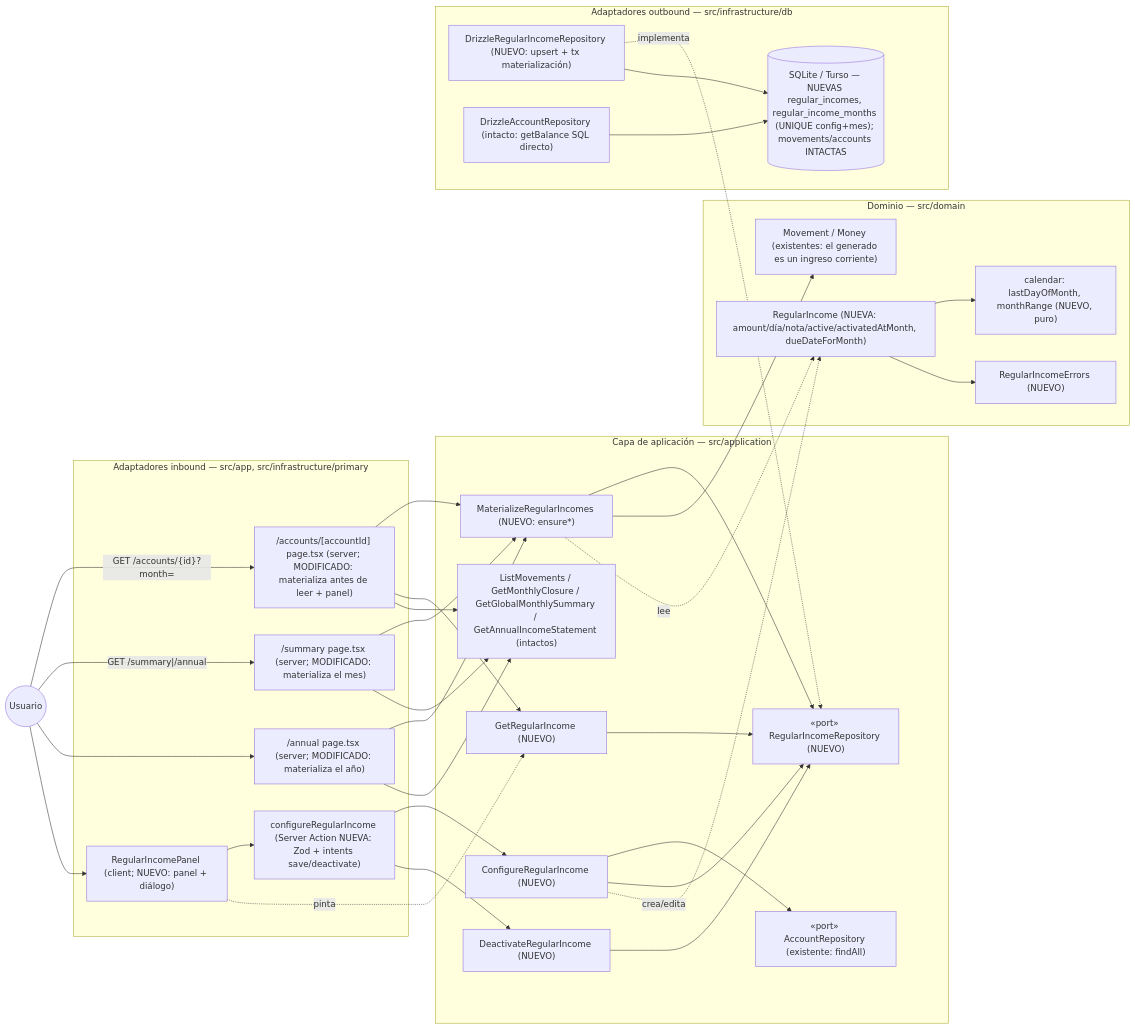
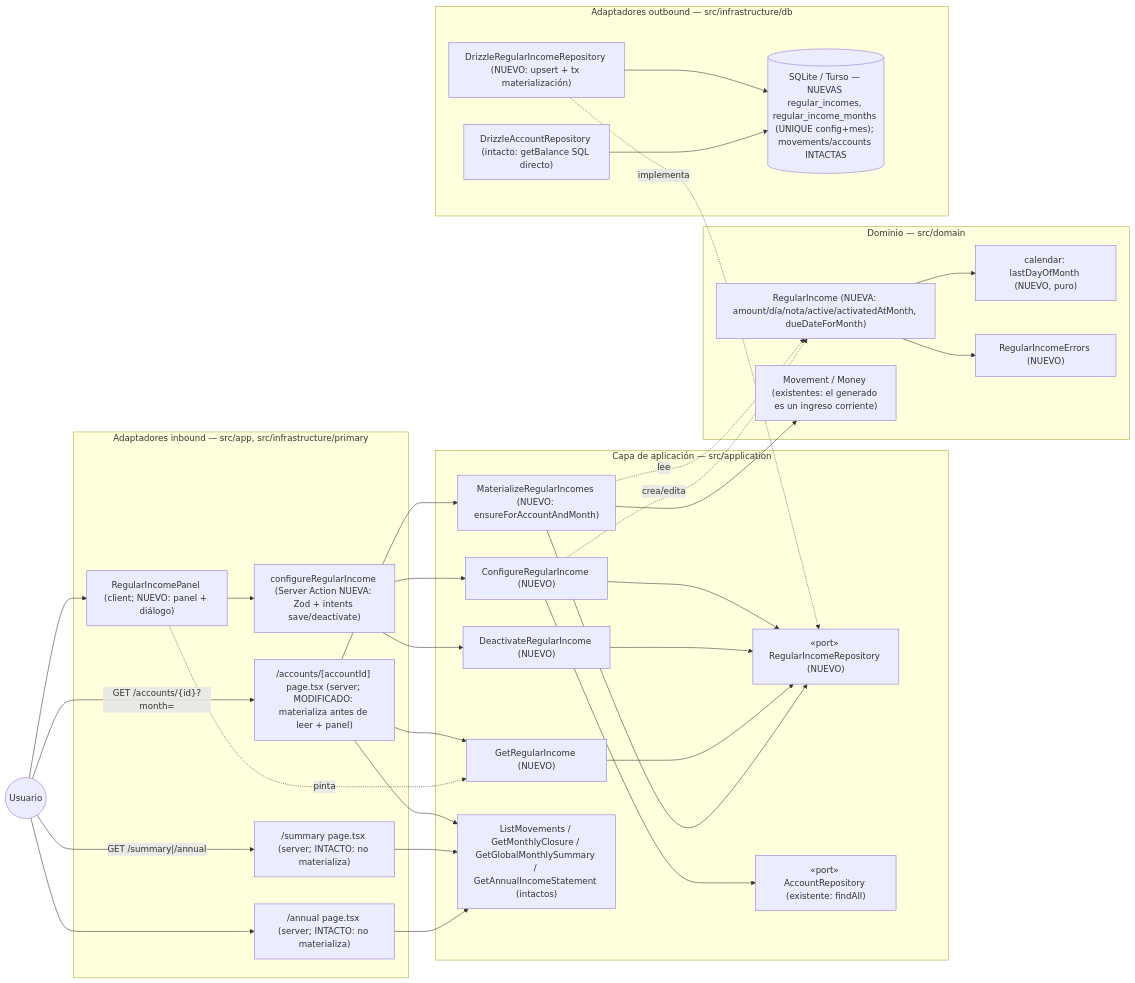
Before and after one commit to ismaelcabanas/family-wallet-sdd-app: the first of 2 diagrams in specs/018-ingresos-regulares/plan.md, drawn with Mermaid. The commit also changed other lines of this file and 5 other files, not shown here.

````diff
--- a/specs/018-ingresos-regulares/plan.md
+++ b/specs/018-ingresos-regulares/plan.md
@@ -131,64 +131,62 @@
 ```mermaid
 flowchart LR
     U((Usuario))
 
     subgraph Inbound["Adaptadores inbound — src/app, src/infrastructure/primary"]
         AccPage["/accounts/[accountId] page.tsx (server; MODIFICADO: materializa antes de leer + panel)"]
-        SumPage["/summary page.tsx (server; MODIFICADO: materializa el mes)"]
-        AnnPage["/annual page.tsx (server; MODIFICADO: materializa el año)"]
+        SumPage["/summary page.tsx (server; INTACTO: no materializa)"]
+        AnnPage["/annual page.tsx (server; INTACTO: no materializa)"]
         Panel["RegularIncomePanel (client; NUEVO: panel + diálogo)"]
         ConfAction["configureRegularIncome (Server Action NUEVA: Zod + intents save/deactivate)"]
     end
 
     subgraph Aplicacion["Capa de aplicación — src/application"]
         CRI["ConfigureRegularIncome (NUEVO)"]
         DRI["DeactivateRegularIncome (NUEVO)"]
         GRI["GetRegularIncome (NUEVO)"]
-        MRI["MaterializeRegularIncomes (NUEVO: ensure*)"]
+        MRI["MaterializeRegularIncomes (NUEVO: ensureForAccountAndMonth)"]
         PortRI["«port» RegularIncomeRepository (NUEVO)"]
         PortAcc["«port» AccountRepository (existente: findAll)"]
         LM["ListMovements / GetMonthlyClosure / GetGlobalMonthlySummary / GetAnnualIncomeStatement (intactos)"]
     end
 
     subgraph Domain["Dominio — src/domain"]
         RIE["RegularIncome (NUEVA: amount/día/nota/active/activatedAtMonth, dueDateForMonth)"]
-        Cal["calendar: lastDayOfMonth, monthRange (NUEVO, puro)"]
+        Cal["calendar: lastDayOfMonth (NUEVO, puro)"]
         MovEnt["Movement / Money (existentes: el generado es un ingreso corriente)"]
         RIErr["RegularIncomeErrors (NUEVO)"]
     end
 
     subgraph Outbound["Adaptadores outbound — src/infrastructure/db"]
         DrizzleRI["DrizzleRegularIncomeRepository (NUEVO: upsert + tx materialización)"]
         DrizzleAcc["DrizzleAccountRepository (intacto: getBalance SQL directo)"]
         SQL[("SQLite / Turso — NUEVAS regular_incomes, regular_income_months (UNIQUE config+mes); movements/accounts INTACTAS")]
     end
 
     U -->|"GET /accounts/{id}?month="| AccPage
     U -->|"GET /summary|/annual"| SumPage
     U --> AnnPage
     U --> Panel
     Panel --> ConfAction
     ConfAction --> CRI
     ConfAction --> DRI
     AccPage --> MRI
-    SumPage --> MRI
-    AnnPage --> MRI
     AccPage --> GRI
     AccPage --> LM
     SumPage --> LM
     AnnPage --> LM
     CRI --> PortAcc
     CRI --> PortRI
     DRI --> PortRI
     GRI --> PortRI
     MRI --> PortRI
     MRI --> MovEnt
     MRI -. lee .-> RIE
     CRI -. crea/edita .-> RIE
     RIE --> Cal
     RIE --> RIErr
     DrizzleRI -. implementa .-> PortRI
     DrizzleRI --> SQL
     DrizzleAcc --> SQL
     Panel -. pinta .-> GRI
 ```
````
